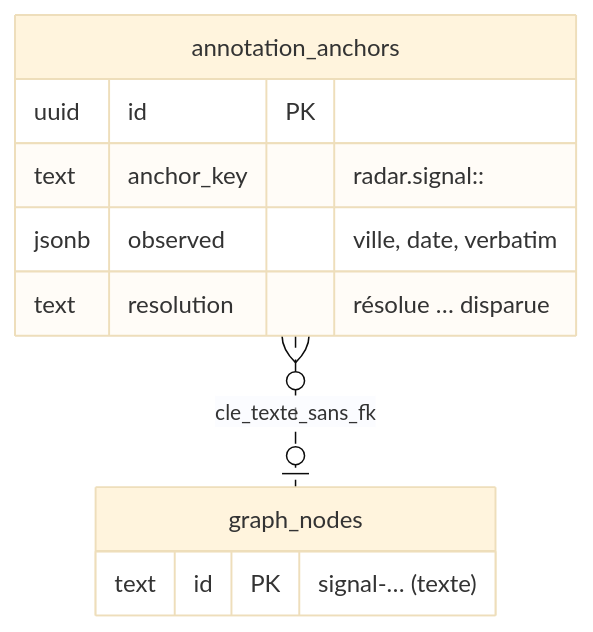
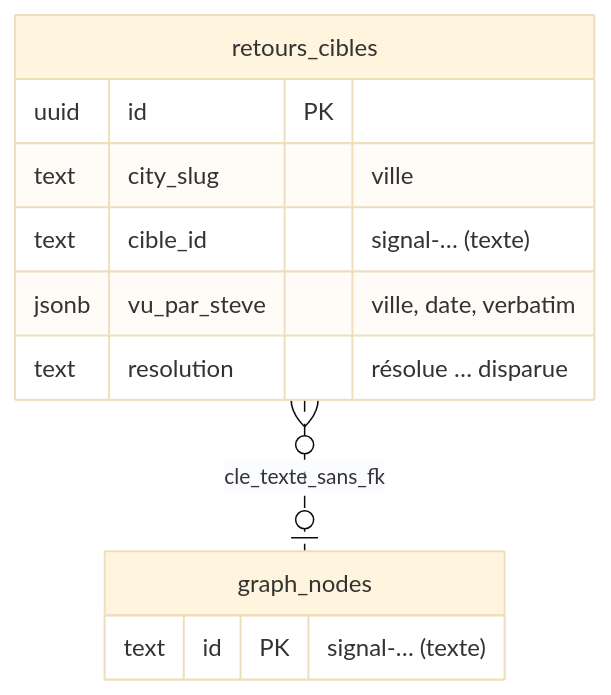
The ninth of 19 diagrams in docs/spec/reports/dossier-retours-steve/DOSSIER_DECISION_RETOURS_STEVE_2026-10-03.md (rhanka/radar-immobilier), drawn with Mermaid (base theme) before and after one commit. The commit also changed other lines of this file and 38 other files, not shown here.

````diff
--- a/docs/spec/reports/dossier-retours-steve/DOSSIER_DECISION_RETOURS_STEVE_2026-10-03.md
+++ b/docs/spec/reports/dossier-retours-steve/DOSSIER_DECISION_RETOURS_STEVE_2026-10-03.md
@@ -1001,13 +1057,14 @@
 ```mermaid
 erDiagram
-    annotation_anchors }o..o| graph_nodes : cle_texte_sans_fk
-    annotation_anchors {
+    retours_cibles }o..o| graph_nodes : cle_texte_sans_fk
+    retours_cibles {
       uuid id PK
-      text anchor_key "radar.signal:<ville>:<id>"
-      jsonb observed "ville, date, verbatim"
+      text city_slug "ville"
+      text cible_id "signal-… (texte)"
+      jsonb vu_par_steve "ville, date, verbatim"
       text resolution "résolue … disparue"
     }
     graph_nodes {
       text id PK "signal-… (texte)"
     }
 ```
````
